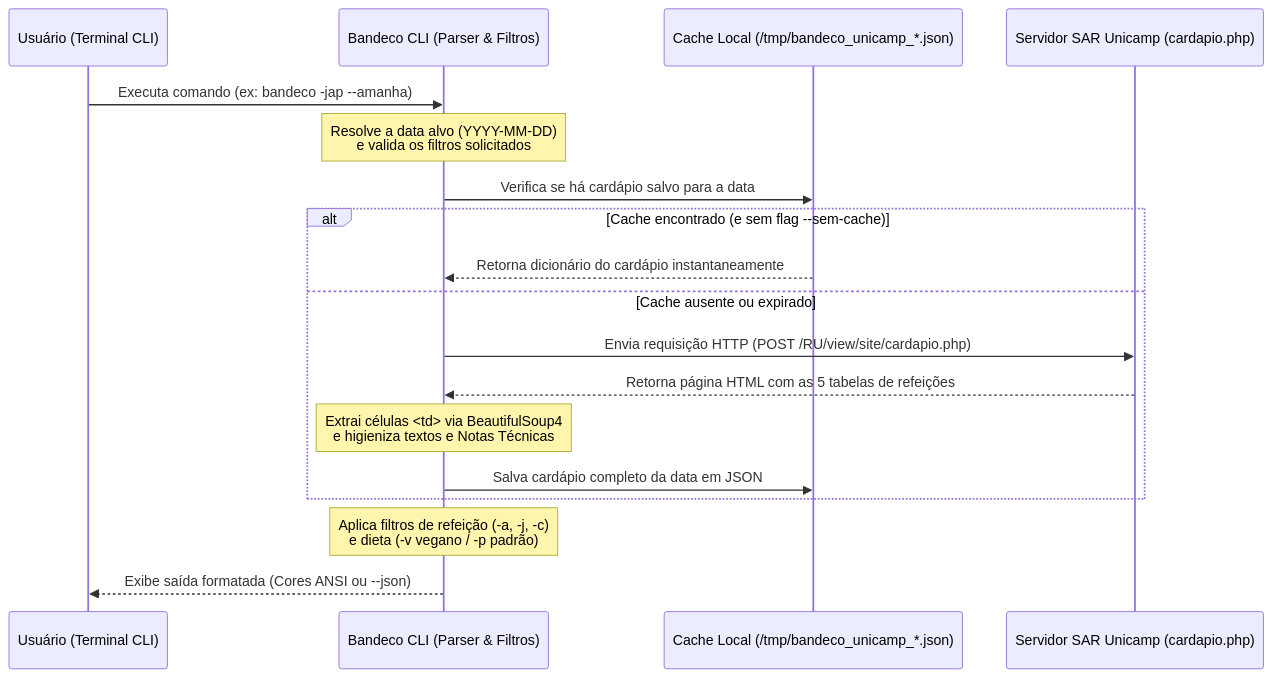
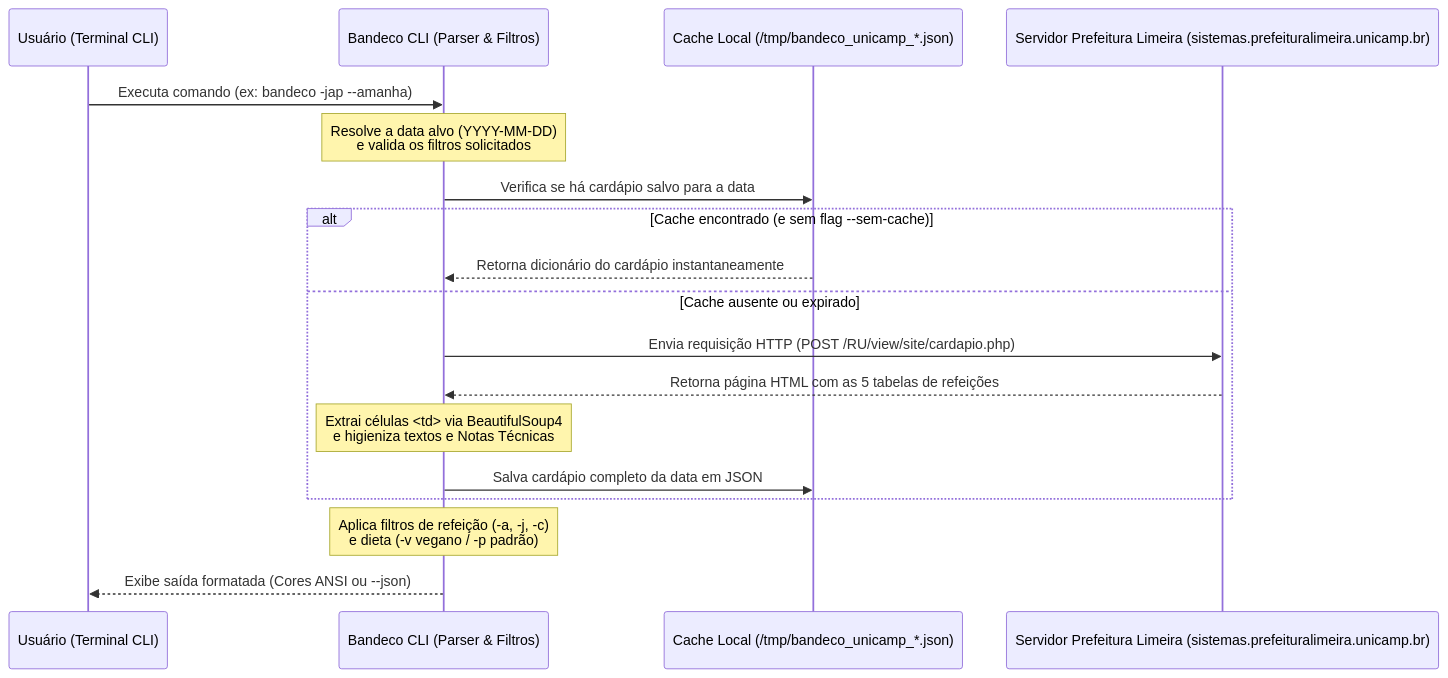
One commit to zedutra/bandeco-unicamp-limeira changed the diagram in README.md. Above: the diagram before and after it, drawn with Mermaid. The commit also changed 2 other files, not shown here.

Commit message:
Atualiza URL do cardapio para o novo dominio da Prefeitura de Limeira

````diff
--- a/README.md
+++ b/README.md
@@ -38,23 +38,23 @@
 ```mermaid
 sequenceDiagram
     participant User as Usuário (Terminal CLI)
     participant CLI as Bandeco CLI (Parser & Filtros)
     participant Cache as Cache Local (/tmp/bandeco_unicamp_*.json)
-    participant SAR as Servidor SAR Unicamp (cardapio.php)
+    participant Server as Servidor Prefeitura Limeira (sistemas.prefeituralimeira.unicamp.br)
 
     User->>CLI: Executa comando (ex: bandeco -jap --amanha)
     Note over CLI: Resolve a data alvo (YYYY-MM-DD)<br/>e valida os filtros solicitados
 
     CLI->>Cache: Verifica se há cardápio salvo para a data
     alt Cache encontrado (e sem flag --sem-cache)
         Cache-->>CLI: Retorna dicionário do cardápio instantaneamente
     else Cache ausente ou expirado
-        CLI->>SAR: Envia requisição HTTP (POST /RU/view/site/cardapio.php)
-        SAR-->>CLI: Retorna página HTML com as 5 tabelas de refeições
+        CLI->>Server: Envia requisição HTTP (POST /RU/view/site/cardapio.php)
+        Server-->>CLI: Retorna página HTML com as 5 tabelas de refeições
         Note over CLI: Extrai células <td> via BeautifulSoup4<br/>e higieniza textos e Notas Técnicas
         CLI->>Cache: Salva cardápio completo da data em JSON
     end
 
     Note over CLI: Aplica filtros de refeição (-a, -j, -c)<br/>e dieta (-v vegano / -p padrão)
     CLI-->>User: Exibe saída formatada (Cores ANSI ou --json)
 ```
````
